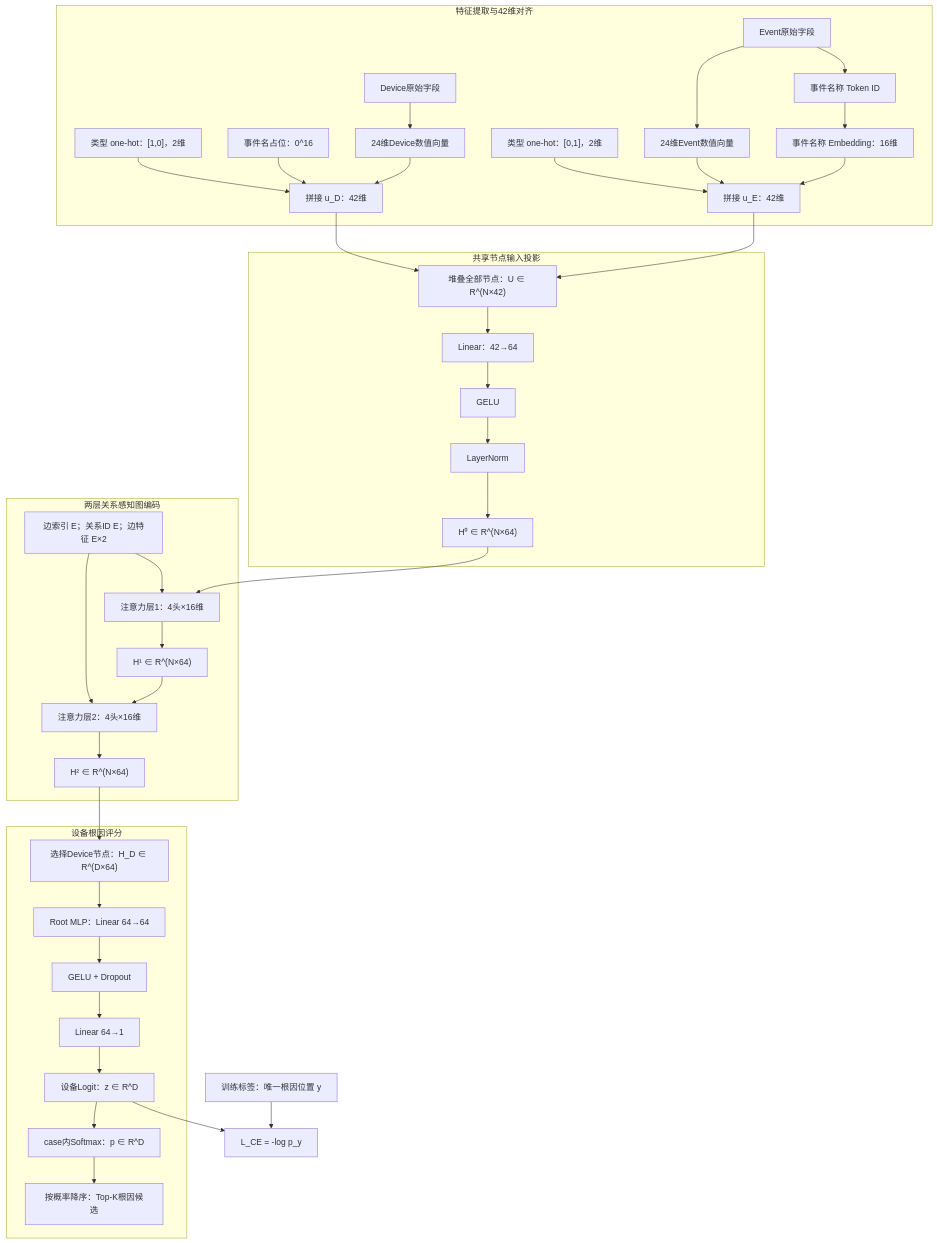
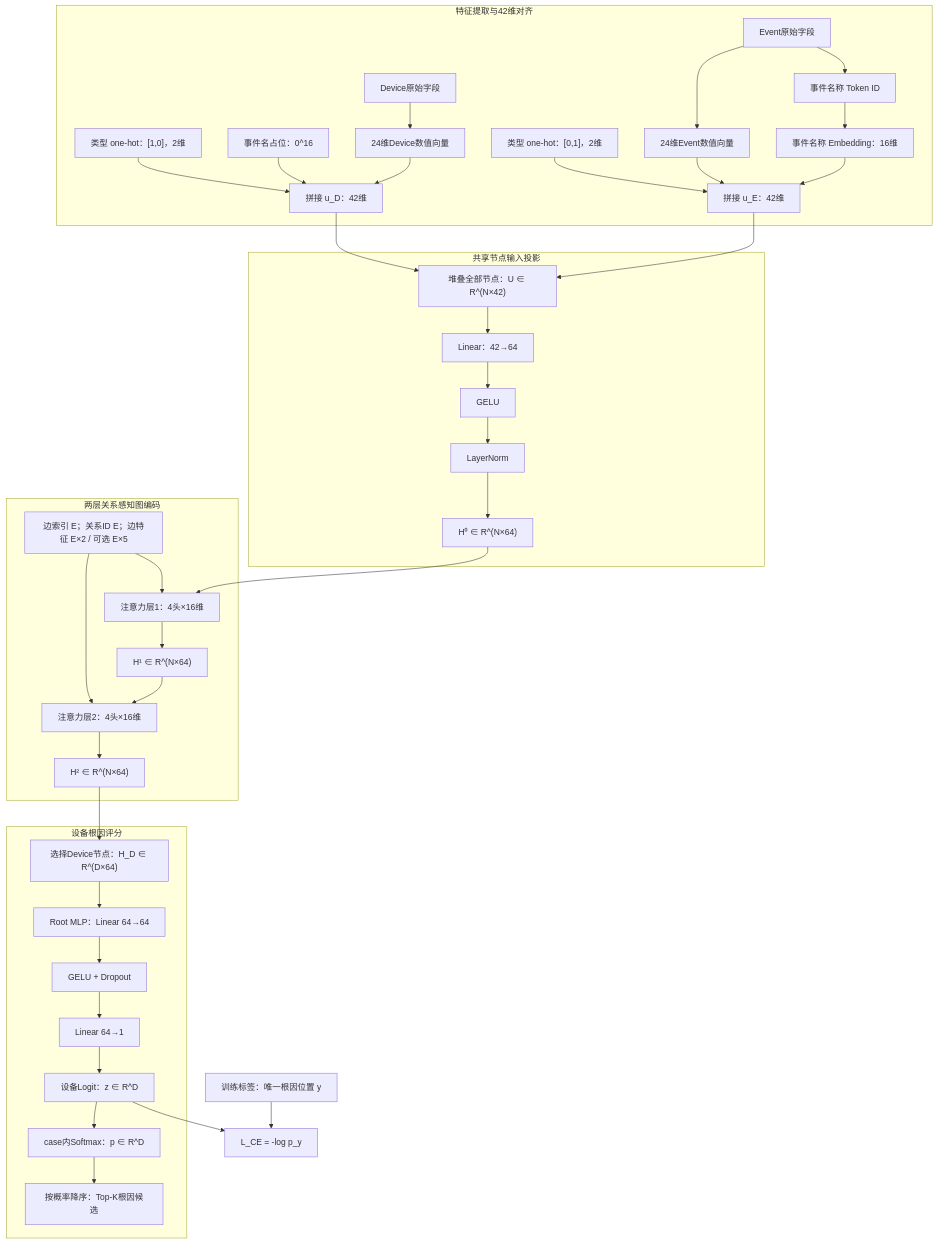
Before and after one commit to juranyouren/pingmesh-rca: the diagram in docs/PC-STGR设计方案.md, drawn with Mermaid. The commit also changed other lines of this file and 12 other files, not shown here.

````diff
--- a/docs/PC-STGR设计方案.md
+++ b/docs/PC-STGR设计方案.md
@@ -335,48 +349,48 @@
 ```mermaid
 flowchart TB
     subgraph F["特征提取与42维对齐"]
         D0["Device原始字段"] --> D1["24维Device数值向量"]
         DT["类型 one-hot：[1,0]，2维"] --> DC["拼接 u_D：42维"]
         DZ["事件名占位：0^16"] --> DC
         D1 --> DC
 
         E0["Event原始字段"] --> E1["24维Event数值向量"]
         E0 --> TOK["事件名称 Token ID"]
         TOK --> EMB["事件名称 Embedding：16维"]
         ET["类型 one-hot：[0,1]，2维"] --> EC["拼接 u_E：42维"]
         E1 --> EC
         EMB --> EC
     end
 
     DC --> U["堆叠全部节点：U ∈ R^(N×42)"]
     EC --> U
 
     subgraph P["共享节点输入投影"]
         U --> LIN["Linear：42→64"]
         LIN --> GELU["GELU"]
         GELU --> LN["LayerNorm"]
         LN --> H0["H⁰ ∈ R^(N×64)"]
     end
 
     subgraph G["两层关系感知图编码"]
-        EDGE["边索引 E；关系ID E；边特征 E×2"] --> A1["注意力层1：4头×16维"]
+        EDGE["边索引 E；关系ID E；边特征 E×2 / 可选 E×5"] --> A1["注意力层1：4头×16维"]
         H0 --> A1
         A1 --> H1["H¹ ∈ R^(N×64)"]
         EDGE --> A2["注意力层2：4头×16维"]
         H1 --> A2
         A2 --> H2["H² ∈ R^(N×64)"]
     end
 
     subgraph R["设备根因评分"]
         H2 --> SELECT["选择Device节点：H_D ∈ R^(D×64)"]
         SELECT --> MLP1["Root MLP：Linear 64→64"]
         MLP1 --> ACT["GELU + Dropout"]
         ACT --> MLP2["Linear 64→1"]
         MLP2 --> Z["设备Logit：z ∈ R^D"]
         Z --> SM["case内Softmax：p ∈ R^D"]
         SM --> TOPK["按概率降序：Top-K根因候选"]
     end
 
     Y["训练标签：唯一根因位置 y"] --> LOSS["L_CE = -log p_y"]
     Z --> LOSS
 ```
````
